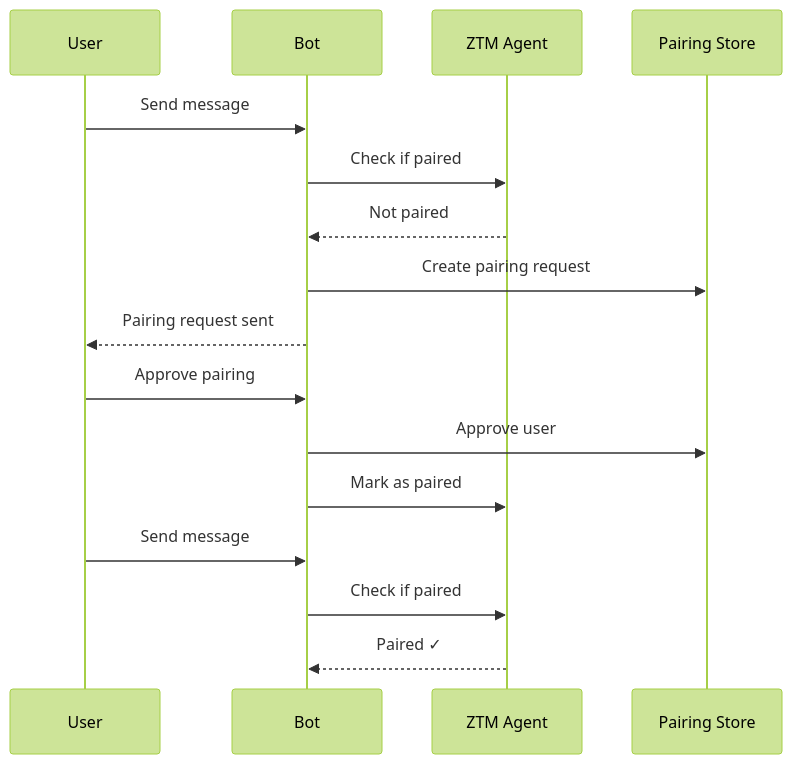
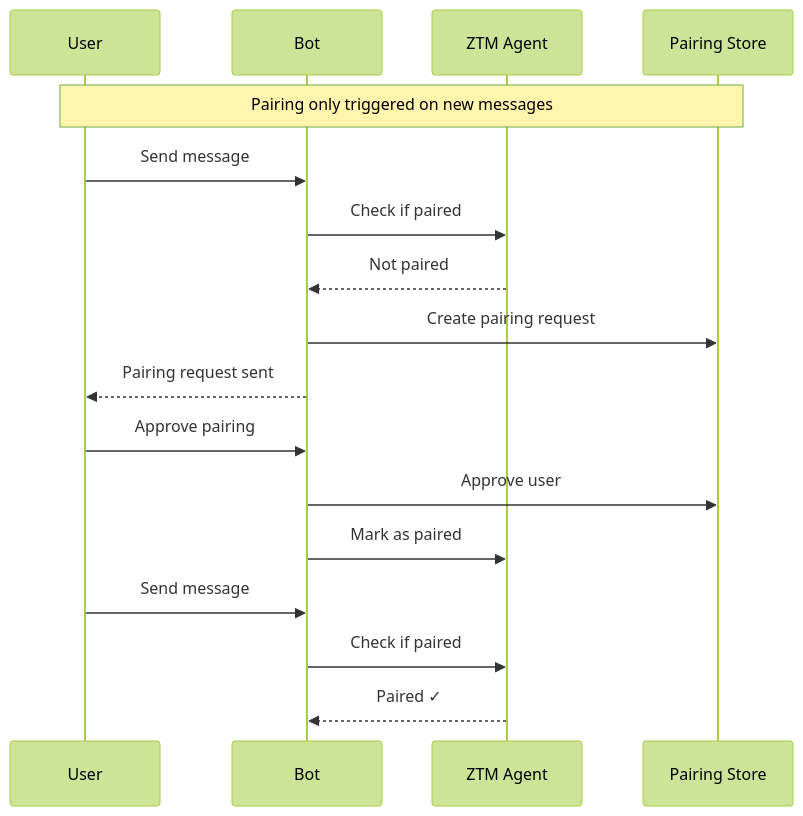
Before and after one commit to clawparty-ai/openclaw-channel-plugin-ztm: the second of 2 diagrams in docs/adr/ADR-015-onboarding-pairing-flow.md, drawn with Mermaid (forest theme). The commit also changed other lines of this file and 1 other file, not shown here.

First line of the commit message:
🐛 fix: remove duplicate pairing request triggers on startup

````diff
--- a/docs/adr/ADR-015-onboarding-pairing-flow.md
+++ b/docs/adr/ADR-015-onboarding-pairing-flow.md
@@ -99,19 +99,20 @@
 ```mermaid
 sequenceDiagram
     participant U as User
     participant B as Bot
     participant Z as ZTM Agent
     participant P as Pairing Store
 
+    Note over U,P: Pairing only triggered on new messages
     U->>B: Send message
     B->>Z: Check if paired
     Z-->>B: Not paired
     B->>P: Create pairing request
     B-->>U: Pairing request sent
     U->>B: Approve pairing
     B->>P: Approve user
     B->>Z: Mark as paired
     U->>B: Send message
     B->>Z: Check if paired
     Z-->>B: Paired ✓
 ```
````
